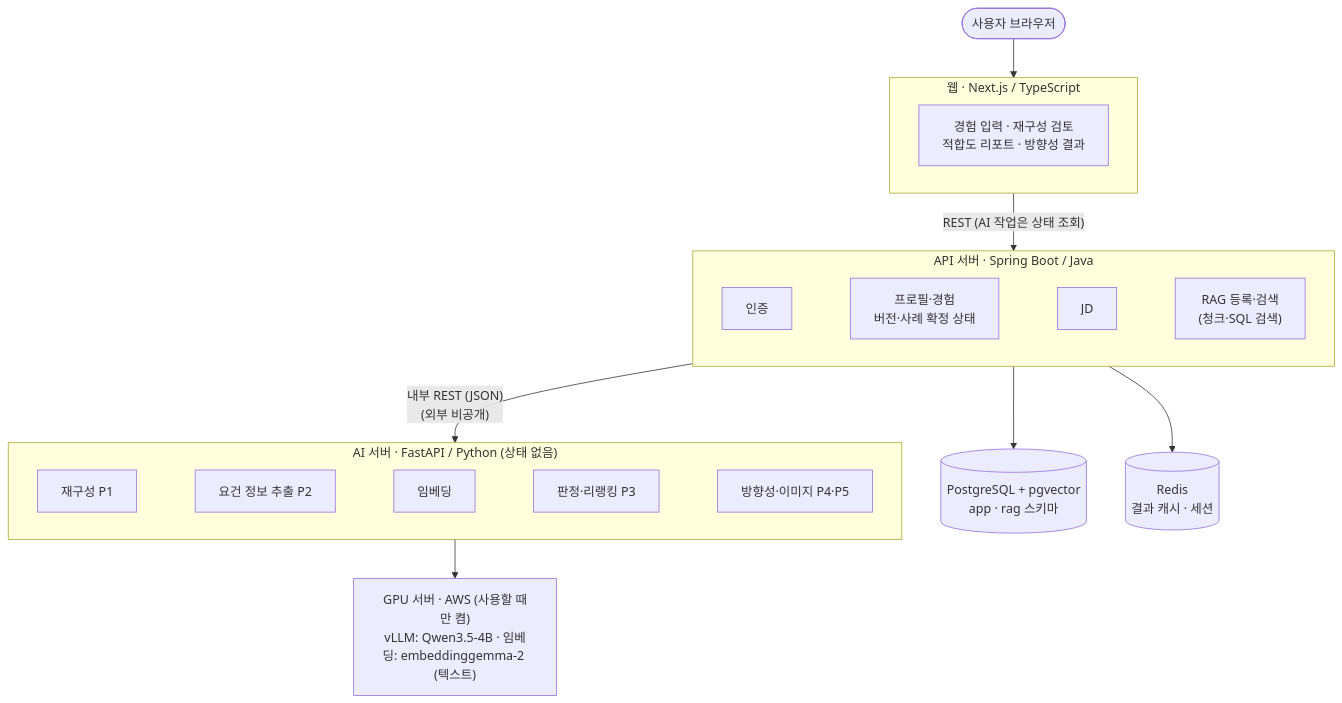
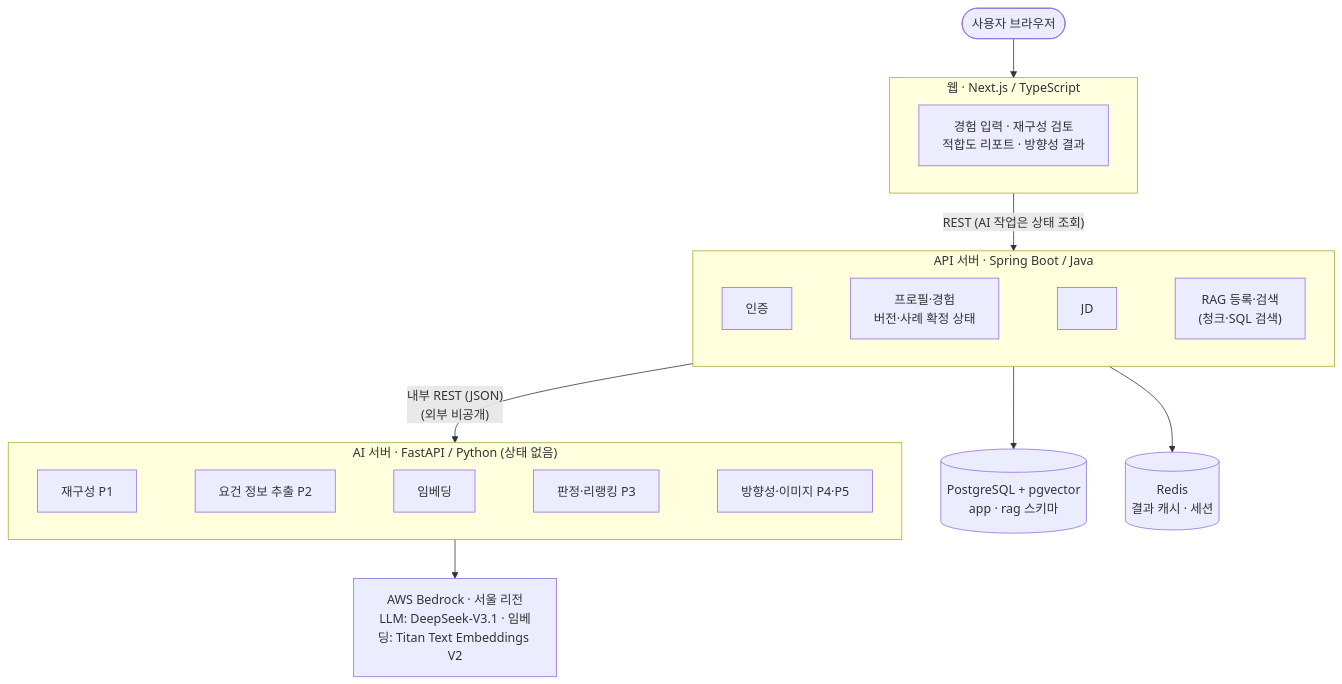
Before and after one commit to nerd-nam/SPEC-nerdnam: the second of 3 diagrams in 기획서.md, drawn with Mermaid. The commit also changed other lines of this file and 6 other files, not shown here.

````diff
--- a/기획서.md
+++ b/기획서.md
@@ -408,18 +409,18 @@
 ```mermaid
 flowchart TB
     U(["사용자 브라우저"]) --> WEB
     subgraph WEB["웹 · Next.js / TypeScript"]
         W1["경험 입력 · 재구성 검토<br/>적합도 리포트 · 방향성 결과"]
     end
     WEB -- "REST (AI 작업은 상태 조회)" --> API
     subgraph API["API 서버 · Spring Boot / Java"]
         A1["인증"] ~~~ A2["프로필·경험<br/>버전·사례 확정 상태"] ~~~ A3["JD"] ~~~ A4["RAG 등록·검색<br/>(청크·SQL 검색)"]
     end
     API -- "내부 REST (JSON)<br/>(외부 비공개)" --> AI
     subgraph AI["AI 서버 · FastAPI / Python (상태 없음)"]
         I1["재구성 P1"] ~~~ I2["요건 정보 추출 P2"] ~~~ I3["임베딩"] ~~~ I4["판정·리랭킹 P3"] ~~~ I5["방향성·이미지 P4·P5"]
     end
     API --> PG[("PostgreSQL + pgvector<br/>app · rag 스키마")]
     API --> RD[("Redis<br/>결과 캐시 · 세션")]
-    AI --> GPU["GPU 서버 · AWS (사용할 때만 켬)<br/>vLLM: Qwen3.5-4B · 임베딩: embeddinggemma-2 (텍스트)"]
+    AI --> BR["AWS Bedrock · 서울 리전<br/>LLM: DeepSeek-V3.1 · 임베딩: Titan Text Embeddings V2"]
 ```
````
